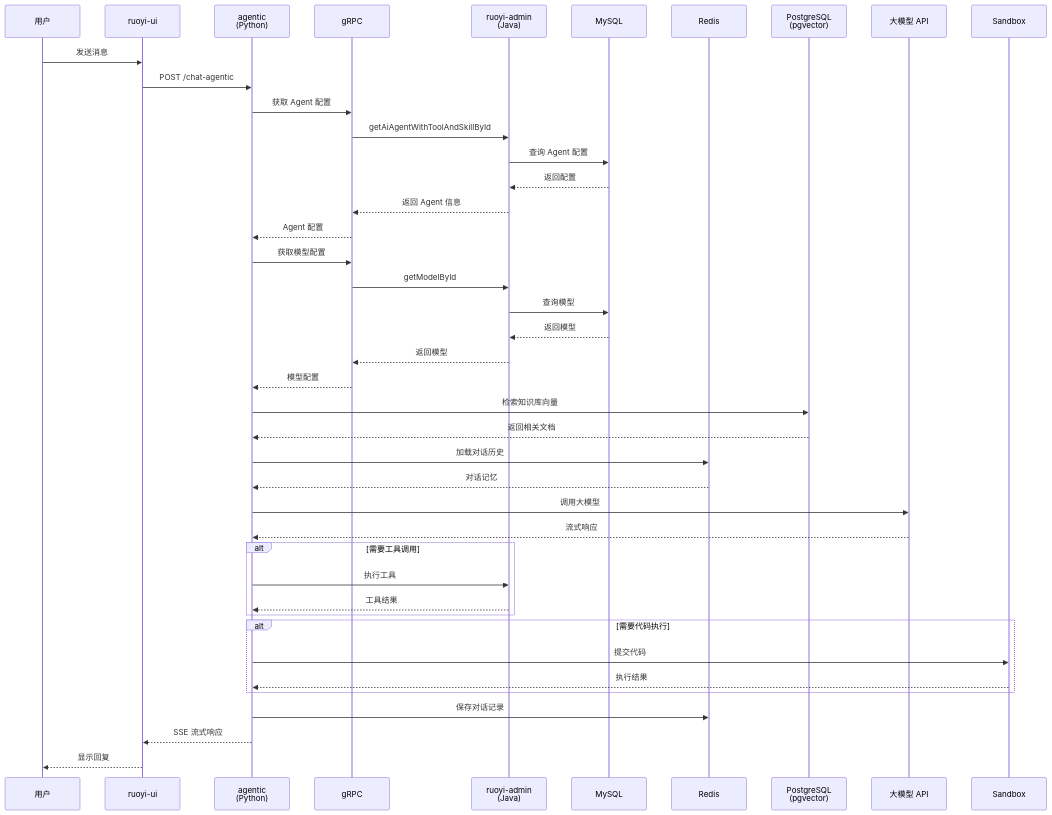
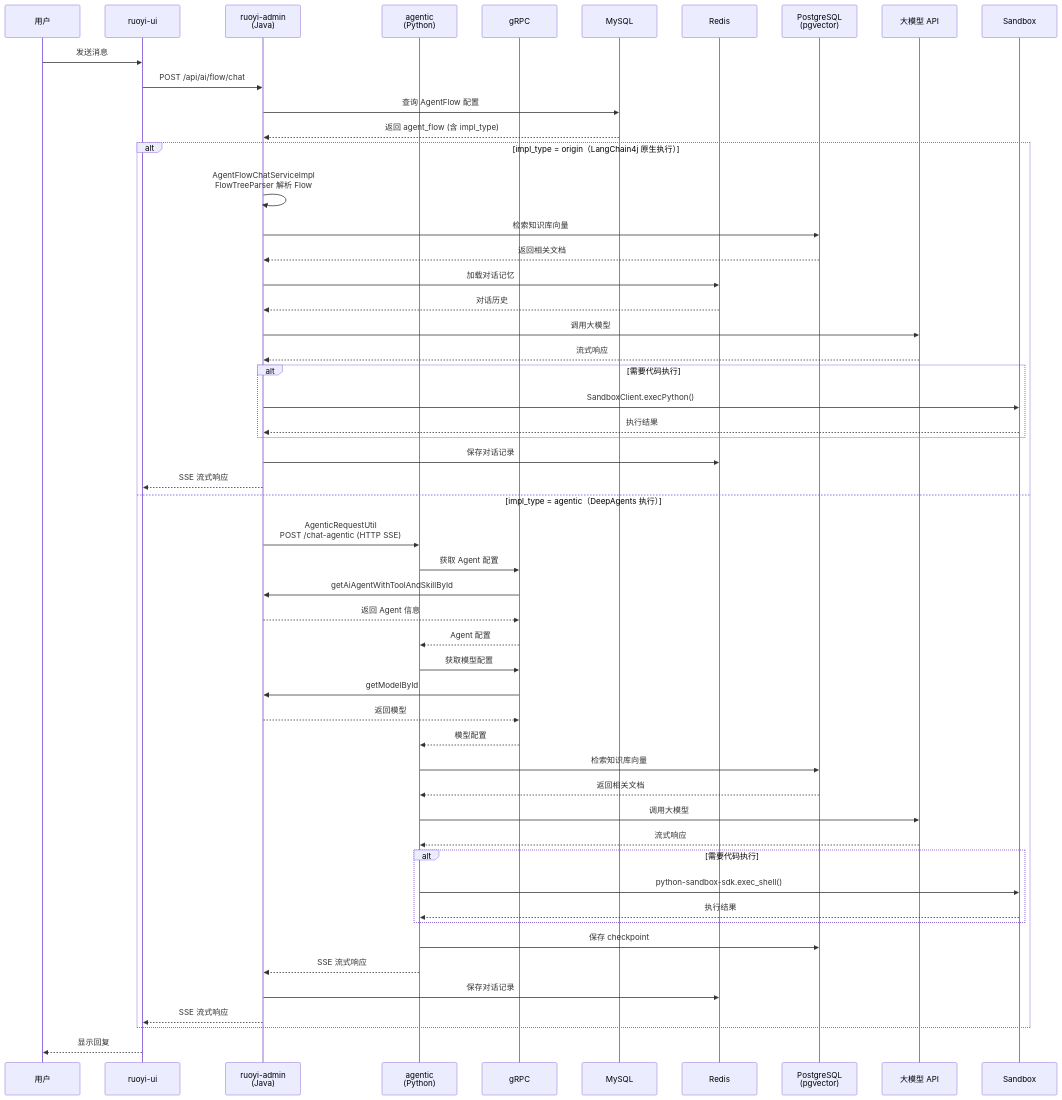
One commit to zjwan461/ruoyi-langchain4j changed the third of 10 diagrams in ARCHITECTURE.md. Above: the diagram before and after it, drawn with Mermaid. The commit also changed other lines of this file, not shown here.

Commit message:
update 架构设计

````diff
--- a/ARCHITECTURE.md
+++ b/ARCHITECTURE.md
@@ -434,52 +443,59 @@
 ```mermaid
 sequenceDiagram
     participant U as 用户
     participant UI as ruoyi-ui
+    participant ADMIN as ruoyi-admin<br/>(Java)
     participant AG as agentic<br/>(Python)
     participant GRPC as gRPC
-    participant ADMIN as ruoyi-admin<br/>(Java)
     participant DB as MySQL
     participant REDIS as Redis
     participant PG as PostgreSQL<br/>(pgvector)
     participant LLM as 大模型 API
     participant SB as Sandbox
 
     U->>UI: 发送消息
-    UI->>AG: POST /chat-agentic
-    AG->>GRPC: 获取 Agent 配置
-    GRPC->>ADMIN: getAiAgentWithToolAndSkillById
-    ADMIN->>DB: 查询 Agent 配置
-    DB-->>ADMIN: 返回配置
-    ADMIN-->>GRPC: 返回 Agent 信息
-    GRPC-->>AG: Agent 配置
-    
-    AG->>GRPC: 获取模型配置
-    GRPC->>ADMIN: getModelById
-    ADMIN->>DB: 查询模型
-    DB-->>ADMIN: 返回模型
-    ADMIN-->>GRPC: 返回模型
-    GRPC-->>AG: 模型配置
-    
-    AG->>PG: 检索知识库向量
-    PG-->>AG: 返回相关文档
-    
-    AG->>REDIS: 加载对话历史
-    REDIS-->>AG: 对话记忆
-    
-    AG->>LLM: 调用大模型
-    LLM-->>AG: 流式响应
-    
-    alt 需要工具调用
-        AG->>ADMIN: 执行工具
-        ADMIN-->>AG: 工具结果
+    UI->>ADMIN: POST /api/ai/flow/chat
+
+    ADMIN->>DB: 查询 AgentFlow 配置
+    DB-->>ADMIN: 返回 agent_flow (含 impl_type)
+
+    alt impl_type = origin（LangChain4j 原生执行）
+        ADMIN->>ADMIN: AgentFlowChatServiceImpl<br/>FlowTreeParser 解析 Flow
+        ADMIN->>PG: 检索知识库向量
+        PG-->>ADMIN: 返回相关文档
+        ADMIN->>REDIS: 加载对话记忆
+        REDIS-->>ADMIN: 对话历史
+        ADMIN->>LLM: 调用大模型
+        LLM-->>ADMIN: 流式响应
+        alt 需要代码执行
+            ADMIN->>SB: SandboxClient.execPython()
+            SB-->>ADMIN: 执行结果
+        end
+        ADMIN->>REDIS: 保存对话记录
+        ADMIN-->>UI: SSE 流式响应
+    else impl_type = agentic（DeepAgents 执行）
+        ADMIN->>AG: AgenticRequestUtil<br/>POST /chat-agentic (HTTP SSE)
+        AG->>GRPC: 获取 Agent 配置
+        GRPC->>ADMIN: getAiAgentWithToolAndSkillById
+        ADMIN-->>GRPC: 返回 Agent 信息
+        GRPC-->>AG: Agent 配置
+        AG->>GRPC: 获取模型配置
+        GRPC->>ADMIN: getModelById
+        ADMIN-->>GRPC: 返回模型
+        GRPC-->>AG: 模型配置
+        AG->>PG: 检索知识库向量
+        PG-->>AG: 返回相关文档
+        AG->>LLM: 调用大模型
+        LLM-->>AG: 流式响应
+        alt 需要代码执行
+            AG->>SB: python-sandbox-sdk.exec_shell()
+            SB-->>AG: 执行结果
+        end
+        AG->>PG: 保存 checkpoint
+        AG-->>ADMIN: SSE 流式响应
+        ADMIN->>REDIS: 保存对话记录
+        ADMIN-->>UI: SSE 流式响应
     end
-    
-    alt 需要代码执行
-        AG->>SB: 提交代码
-        SB-->>AG: 执行结果
-    end
-    
-    AG->>REDIS: 保存对话记录
-    AG-->>UI: SSE 流式响应
+
     UI-->>U: 显示回复
 ```
````
